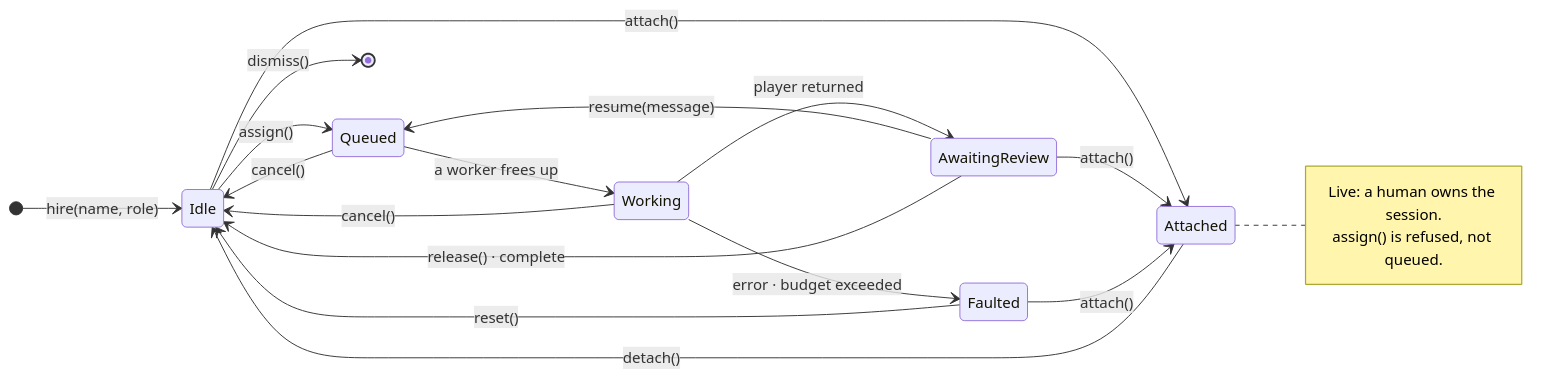
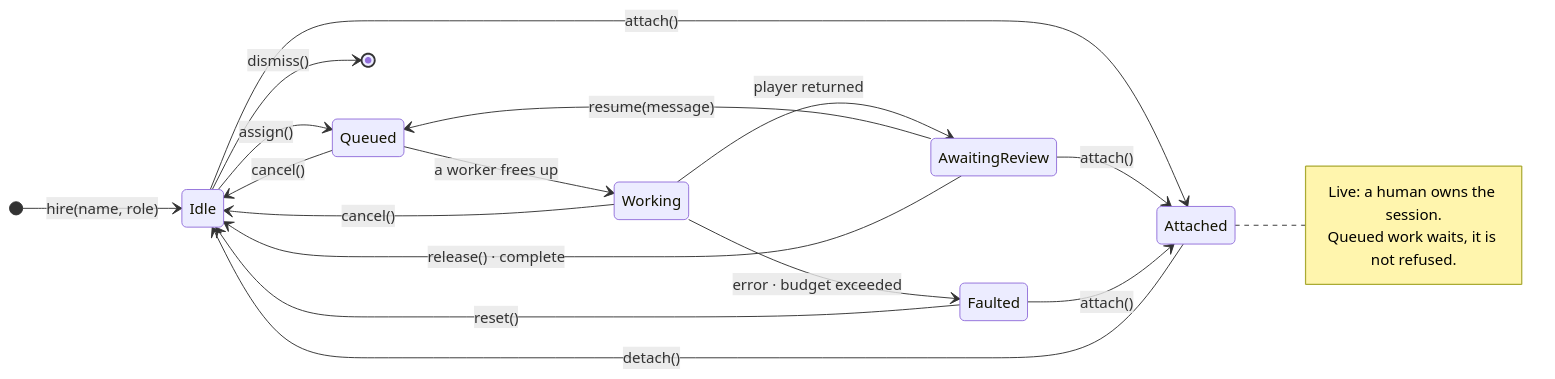
One commit to noclearreaction/symphony-maestro changed the second of 6 diagrams in docs/ensemble/README.md. Above: the diagram before and after it, drawn with Mermaid. The commit also changed other lines of this file, not shown here.

First line of the commit message:
docs(ensemble): queued work waits for a busy player, it is not refused

````diff
--- a/docs/ensemble/README.md
+++ b/docs/ensemble/README.md
@@ -340,24 +341,24 @@
 ```mermaid
 stateDiagram-v2
   direction LR
   [*] --> Idle: hire(name, role)
   Idle --> Queued: assign()
   Queued --> Working: a worker frees up
   Queued --> Idle: cancel()
   Working --> AwaitingReview: player returned
   Working --> Faulted: error · budget exceeded
   Working --> Idle: cancel()
   AwaitingReview --> Queued: resume(message)
   AwaitingReview --> Idle: release() · complete
   Faulted --> Idle: reset()
   Idle --> Attached: attach()
   AwaitingReview --> Attached: attach()
   Faulted --> Attached: attach()
   Attached --> Idle: detach()
   Idle --> [*]: dismiss()
 
   note right of Attached
     Live: a human owns the session.
-    assign() is refused, not queued.
+    Queued work waits, it is not refused.
   end note
 ```
````
